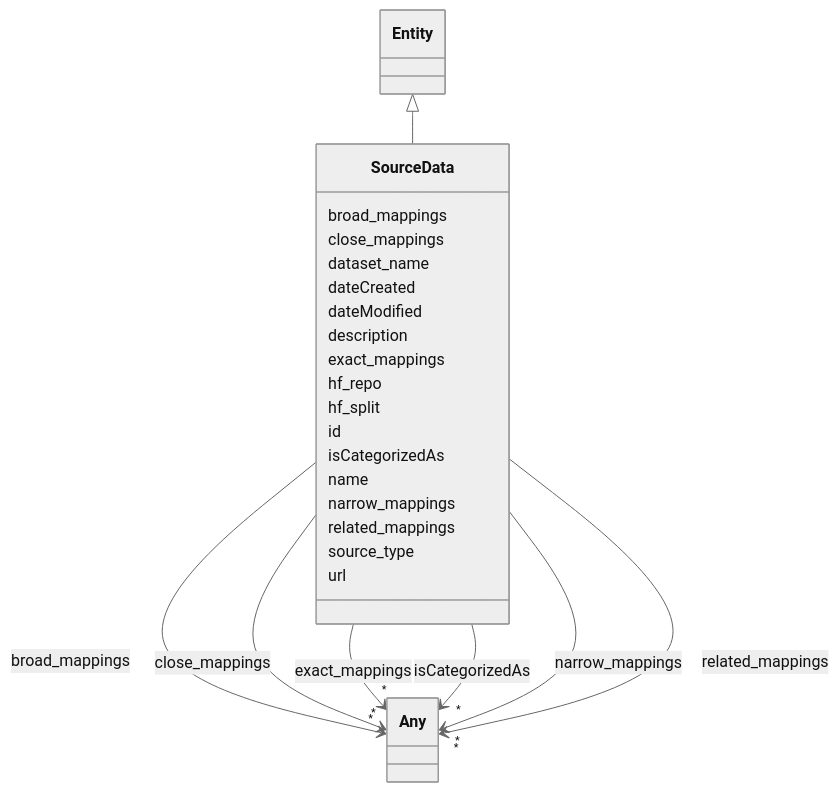
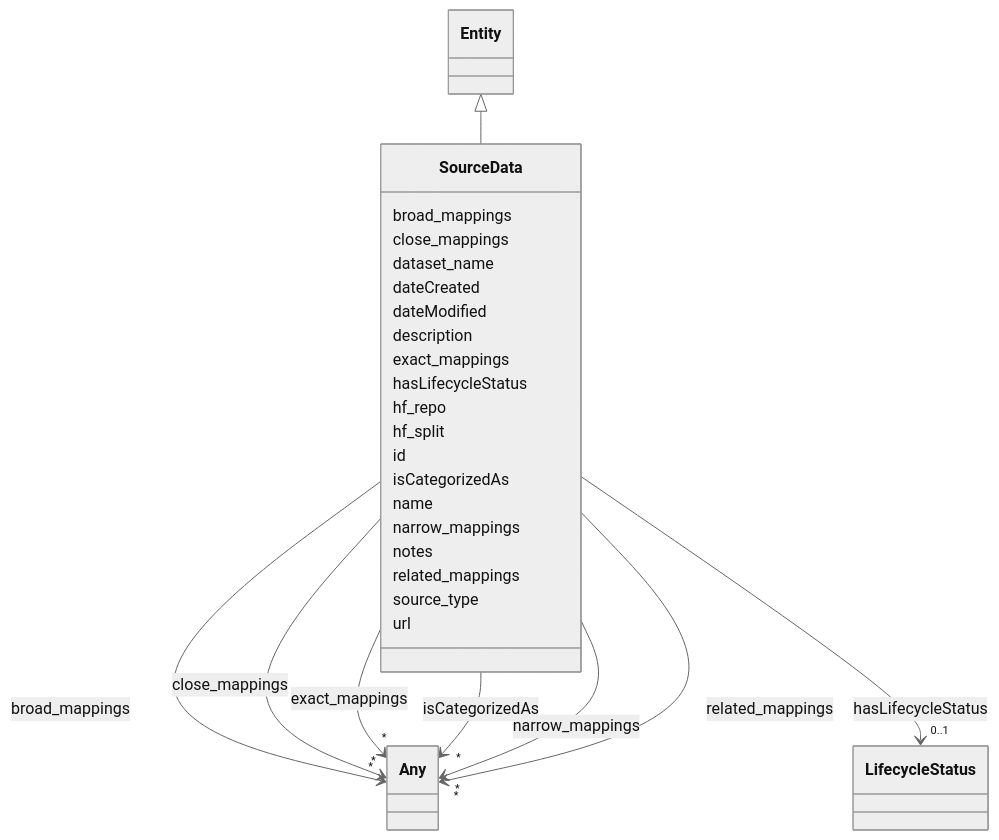
Before and after one commit to ingelise/risk-atlas-nexus: the diagram in docs/ontology/SourceData.md, drawn with Mermaid (neutral theme). The commit also changed other lines of this file and 190 other files, not shown here.

```diff
--- a/docs/ontology/SourceData.md
+++ b/docs/ontology/SourceData.md
@@ -59,6 +59,17 @@
 
 
 
+      SourceData : hasLifecycleStatus
+
+
+
+
+
+        SourceData --> "0..1" LifecycleStatus : hasLifecycleStatus
+        click LifecycleStatus href "../LifecycleStatus/"
+
+
+
       SourceData : hf_repo
 
       SourceData : hf_split
@@ -89,6 +100,8 @@
 
 
 
+      SourceData : notes
+
       SourceData : related_mappings
 
 
```
